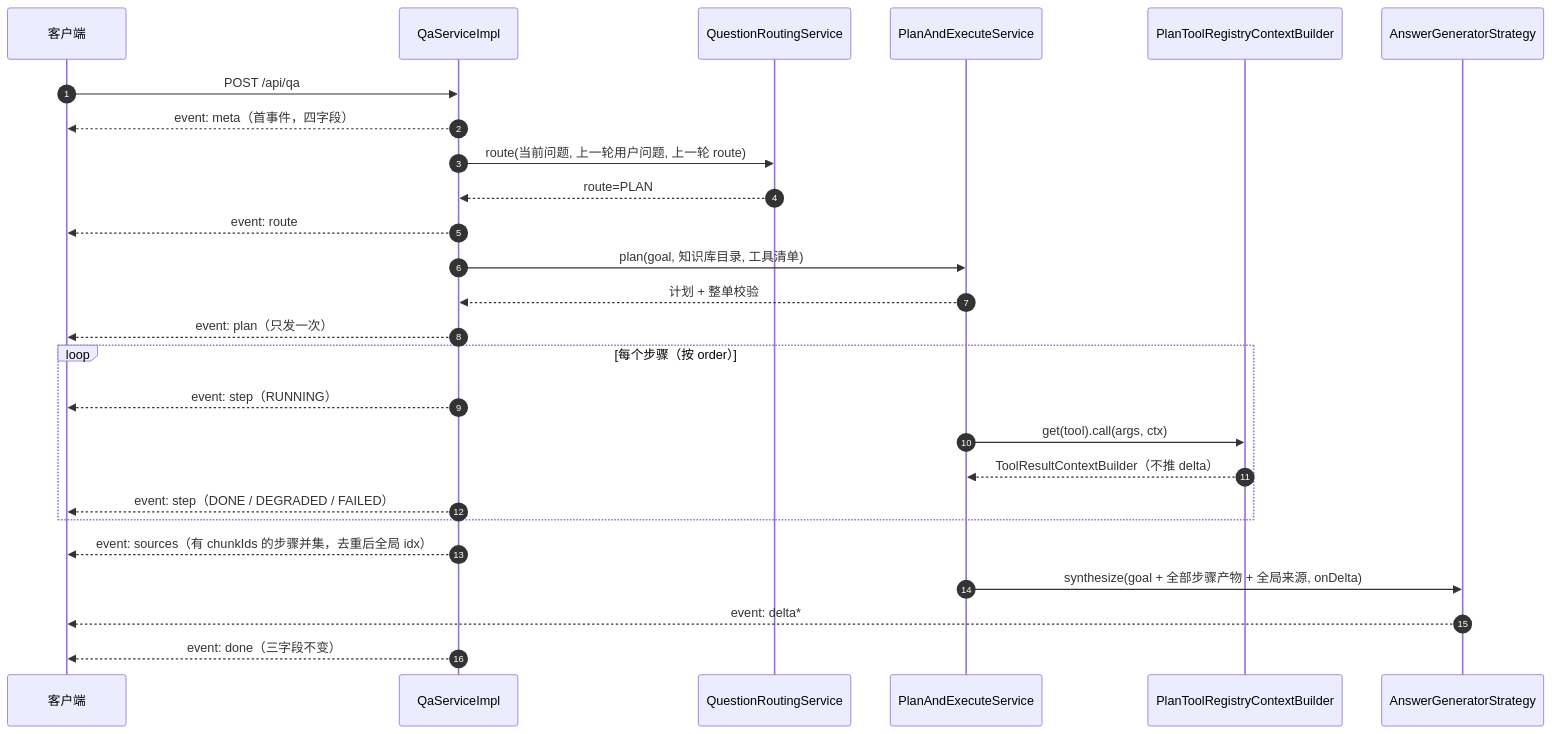
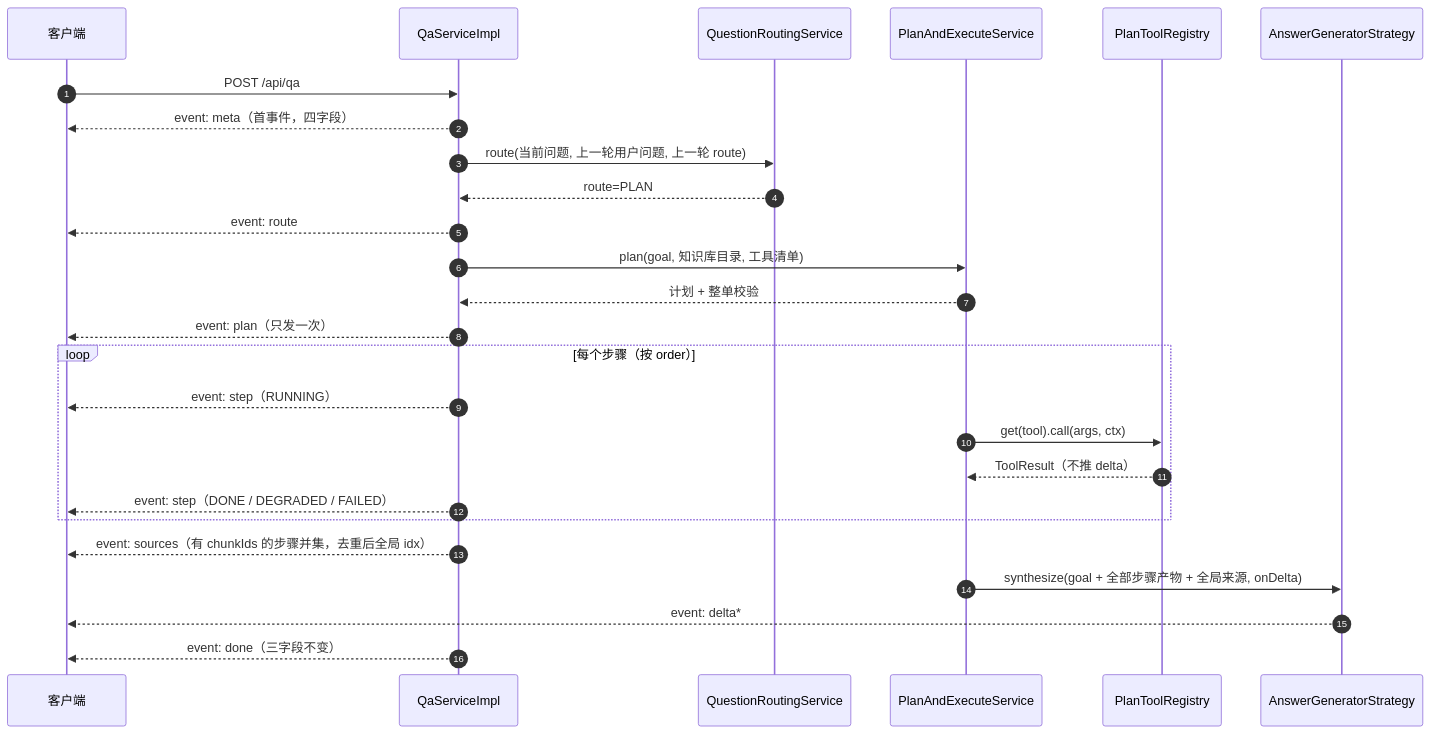
The second of 4 diagrams in docs/prd/qa-routing-and-plan-execute.md (weifeixuan/lender-assistant), drawn with Mermaid before and after one commit. The commit also changed other lines of this file and 19 other files, not shown here.

Commit message:
refactor(structure): 回退 rag/context 为 rag/tool 并恢复 *Tool 类名

````diff
--- a/docs/prd/qa-routing-and-plan-execute.md
+++ b/docs/prd/qa-routing-and-plan-execute.md
@@ -60,29 +60,29 @@
 ```mermaid
 sequenceDiagram
     autonumber
     participant C as 客户端
     participant Q as QaServiceImpl
     participant R as QuestionRoutingService
     participant P as PlanAndExecuteService
-    participant T as PlanToolRegistryContextBuilder
+    participant T as PlanToolRegistry
     participant G as AnswerGeneratorStrategy
 
     C->>Q: POST /api/qa
     Q-->>C: event: meta（首事件，四字段）
     Q->>R: route(当前问题, 上一轮用户问题, 上一轮 route)
     R-->>Q: route=PLAN
     Q-->>C: event: route
     Q->>P: plan(goal, 知识库目录, 工具清单)
     P-->>Q: 计划 + 整单校验
     Q-->>C: event: plan（只发一次）
     loop 每个步骤（按 order）
         Q-->>C: event: step（RUNNING）
         P->>T: get(tool).call(args, ctx)
-        T-->>P: ToolResultContextBuilder（不推 delta）
+        T-->>P: ToolResult（不推 delta）
         Q-->>C: event: step（DONE / DEGRADED / FAILED）
     end
     Q-->>C: event: sources（有 chunkIds 的步骤并集，去重后全局 idx）
     P->>G: synthesize(goal + 全部步骤产物 + 全局来源, onDelta)
     G-->>C: event: delta*
     Q-->>C: event: done（三字段不变）
 ```
````
